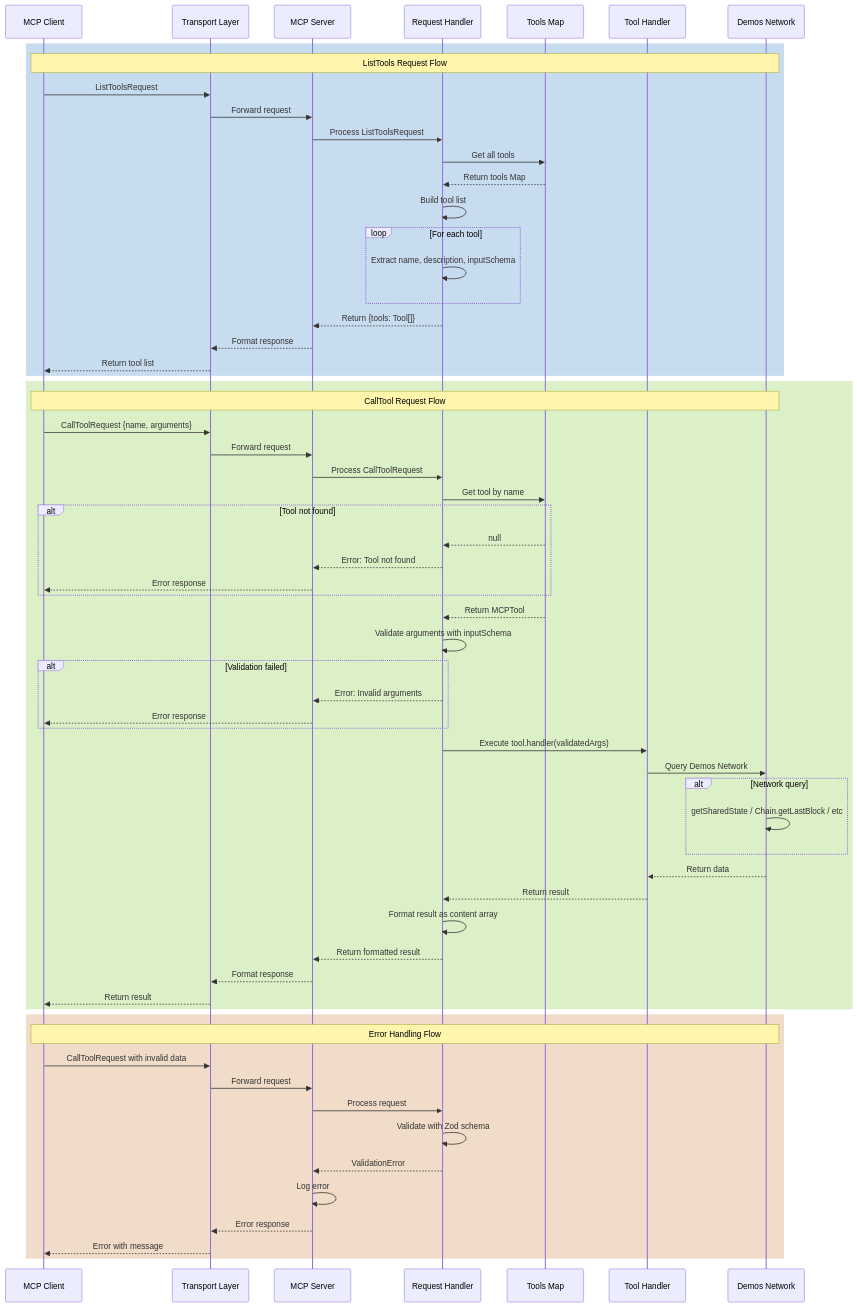
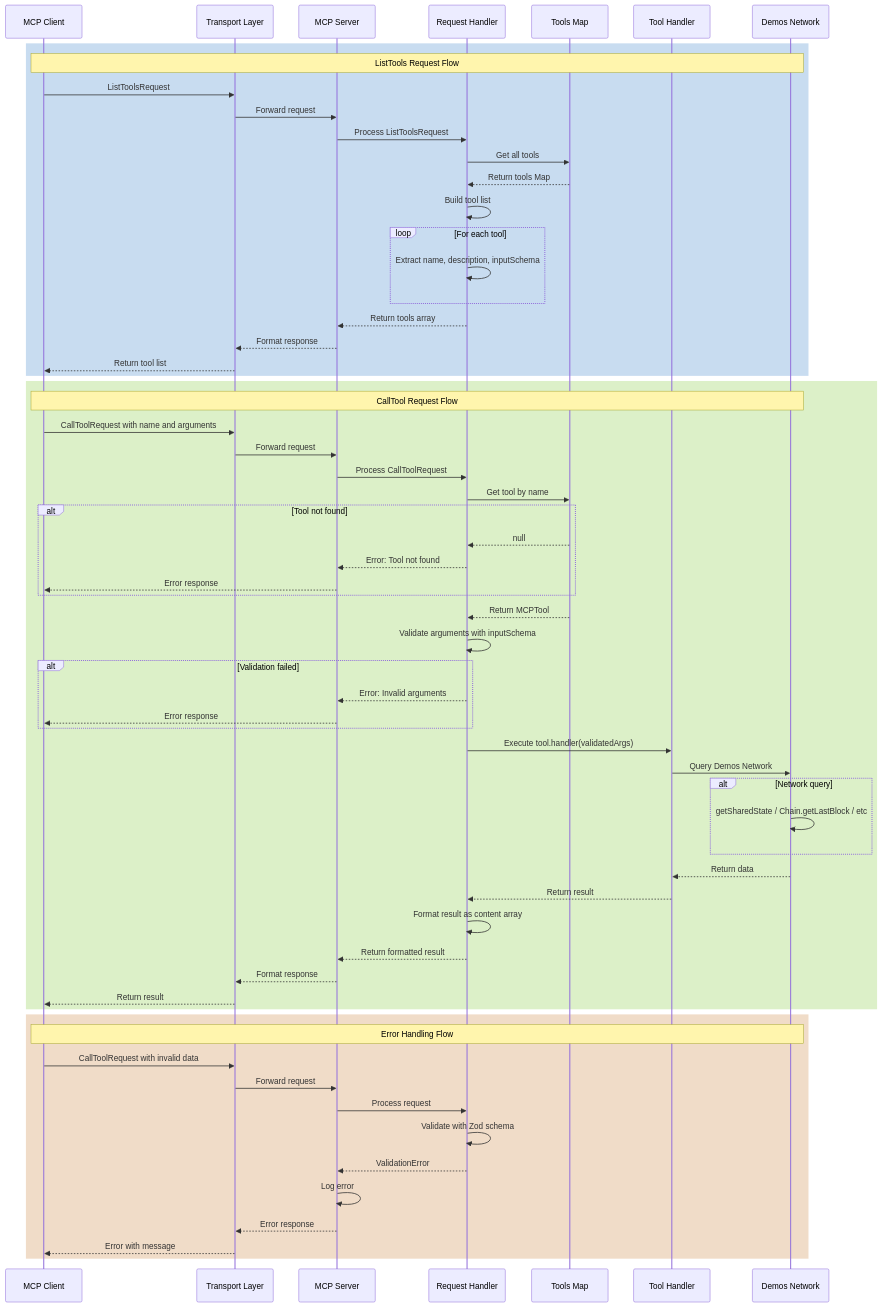
The fifth of 10 diagrams in diagrams/mcp/MCP_PROTOCOL.md (Shitikyan/node), drawn with Mermaid before and after one commit. The commit also changed 2 other files, not shown here.

Commit message:
Fix final Mermaid syntax errors
Fixed remaining issues:
- diagrams/mcp/MCP_PROTOCOL.md: Removed curly braces from sequence diagrams (lines 342, 349)
- diagrams/bridges-multichain/BRIDGES_MULTICHAIN.md: Removed parentheses from labels
- diagrams/validator-management/VALIDATOR_PEER_MANAGEMENT.md: Fixed COMPAREHASHE typo with extra space

All special characters (curly braces, parentheses in labels) removed.

````diff
--- a/diagrams/mcp/MCP_PROTOCOL.md
+++ b/diagrams/mcp/MCP_PROTOCOL.md
@@ -321,68 +321,68 @@
 ```mermaid
 sequenceDiagram
     participant Client as MCP Client
     participant Transport as Transport Layer
     participant Server as MCP Server
     participant Handler as Request Handler
     participant ToolMap as Tools Map
     participant Tool as Tool Handler
     participant Demos as Demos Network
 
     rect rgb(200, 220, 240)
         Note over Client,Demos: ListTools Request Flow
         Client->>Transport: ListToolsRequest
         Transport->>Server: Forward request
         Server->>Handler: Process ListToolsRequest
         Handler->>ToolMap: Get all tools
         ToolMap-->>Handler: Return tools Map
         Handler->>Handler: Build tool list
         loop For each tool
             Handler->>Handler: Extract name, description, inputSchema
         end
-        Handler-->>Server: Return {tools: Tool[]}
+        Handler-->>Server: Return tools array
         Server-->>Transport: Format response
         Transport-->>Client: Return tool list
     end
 
     rect rgb(220, 240, 200)
         Note over Client,Demos: CallTool Request Flow
-        Client->>Transport: CallToolRequest {name, arguments}
+        Client->>Transport: CallToolRequest with name and arguments
         Transport->>Server: Forward request
         Server->>Handler: Process CallToolRequest
         Handler->>ToolMap: Get tool by name
         alt Tool not found
             ToolMap-->>Handler: null
             Handler-->>Server: Error: Tool not found
             Server-->>Client: Error response
         end
         ToolMap-->>Handler: Return MCPTool
         Handler->>Handler: Validate arguments with inputSchema
         alt Validation failed
             Handler-->>Server: Error: Invalid arguments
             Server-->>Client: Error response
         end
         Handler->>Tool: Execute tool.handler(validatedArgs)
         Tool->>Demos: Query Demos Network
         alt Network query
             Demos->>Demos: getSharedState / Chain.getLastBlock / etc
         end
         Demos-->>Tool: Return data
         Tool-->>Handler: Return result
         Handler->>Handler: Format result as content array
         Handler-->>Server: Return formatted result
         Server-->>Transport: Format response
         Transport-->>Client: Return result
     end
 
     rect rgb(240, 220, 200)
         Note over Client,Demos: Error Handling Flow
         Client->>Transport: CallToolRequest with invalid data
         Transport->>Server: Forward request
         Server->>Handler: Process request
         Handler->>Handler: Validate with Zod schema
         Handler-->>Server: ValidationError
         Server->>Server: Log error
         Server-->>Transport: Error response
         Transport-->>Client: Error with message
     end
 ```
````
